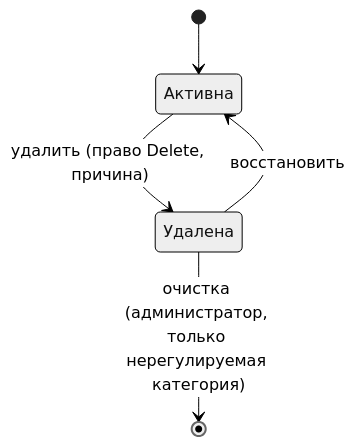
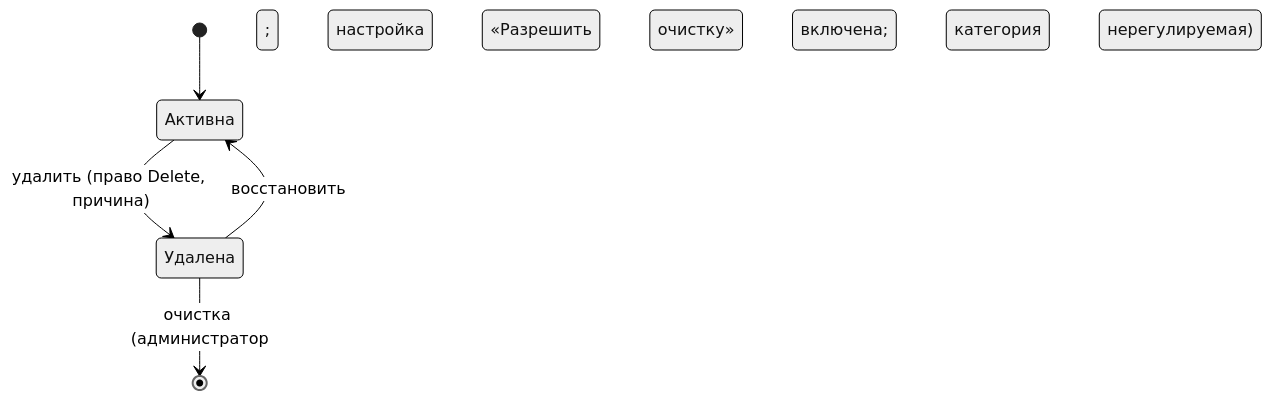
Before and after one commit to vmeaning/KE: the second of 4 diagrams in docs/requirements/domain-model.md, drawn with Mermaid (neutral theme). The commit also changed other lines of this file and 3 other files, not shown here.

````diff
--- a/docs/requirements/domain-model.md
+++ b/docs/requirements/domain-model.md
@@ -369,7 +370,7 @@
 ```mermaid
 stateDiagram-v2
     [*] --> Активна
     Активна --> Удалена: удалить (право Delete, причина)
     Удалена --> Активна: восстановить
-    Удалена --> [*]: очистка (администратор, только нерегулируемая категория)
+    Удалена --> [*]: очистка (администратор; настройка «Разрешить очистку» включена; категория нерегулируемая)
 ```
````
